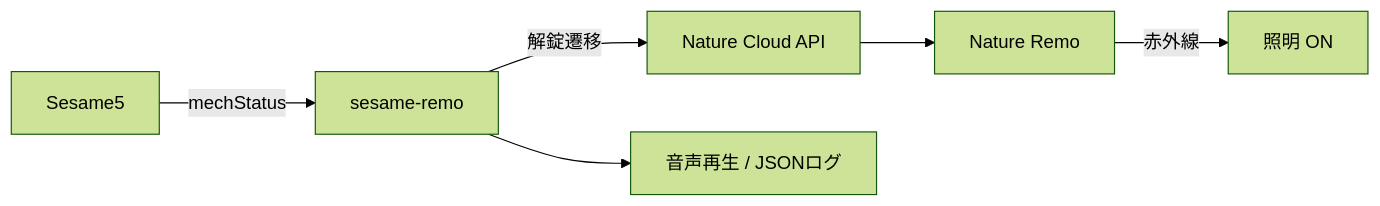
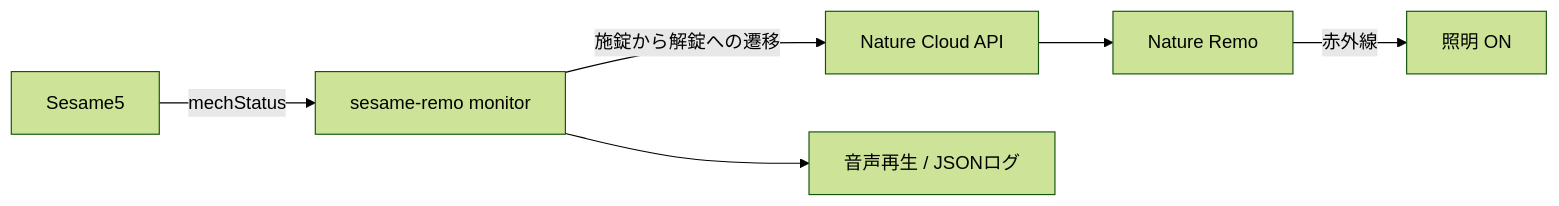
The diagram in README.md (hiroto7/sesame-remo), drawn with Mermaid (forest theme) before and after one commit. The commit also changed other lines of this file and 4 other files, not shown here.

````diff
--- a/README.md
+++ b/README.md
@@ -5,8 +7,8 @@
 ```mermaid
 flowchart LR
-    S5["Sesame5"] -->|"mechStatus"| APP["sesame-remo"]
-    APP -->|"解錠遷移"| API["Nature Cloud API"]
+    S5["Sesame5"] -->|"mechStatus"| APP["sesame-remo monitor"]
+    APP -->|"施錠から解錠への遷移"| API["Nature Cloud API"]
     API --> REMO["Nature Remo"]
     REMO -->|"赤外線"| LIGHT["照明 ON"]
     APP --> SOUND["音声再生 / JSONログ"]
 ```
````
